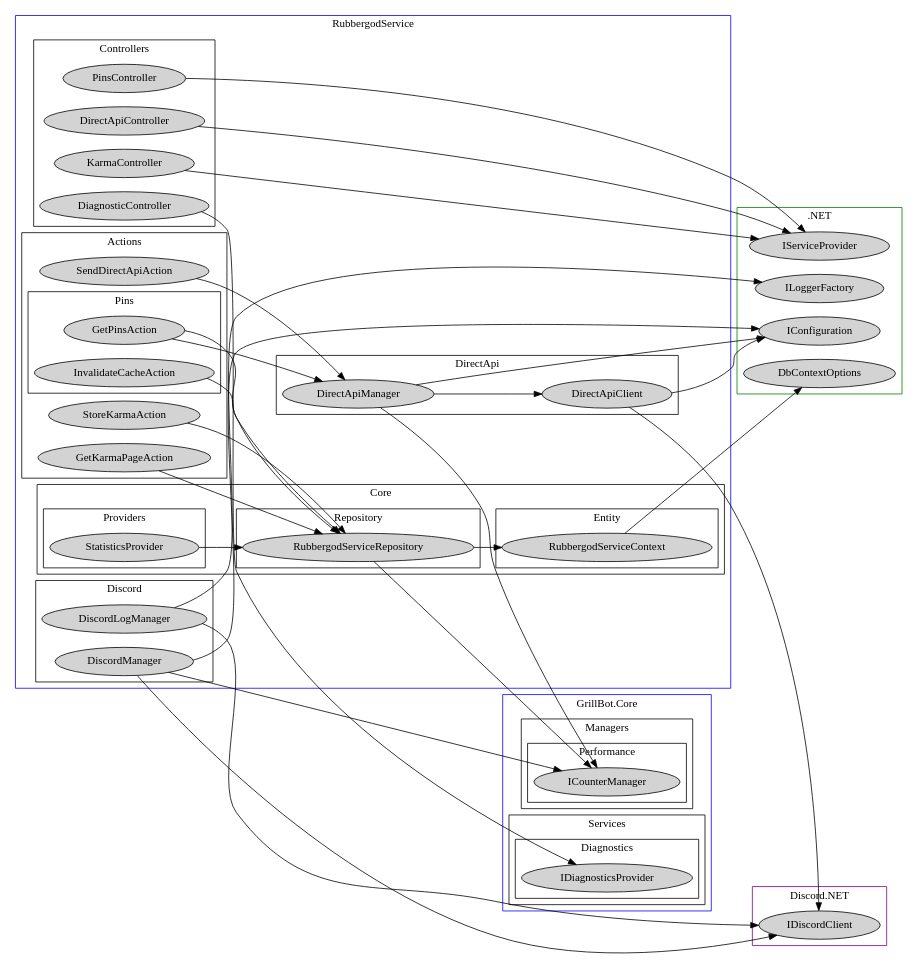
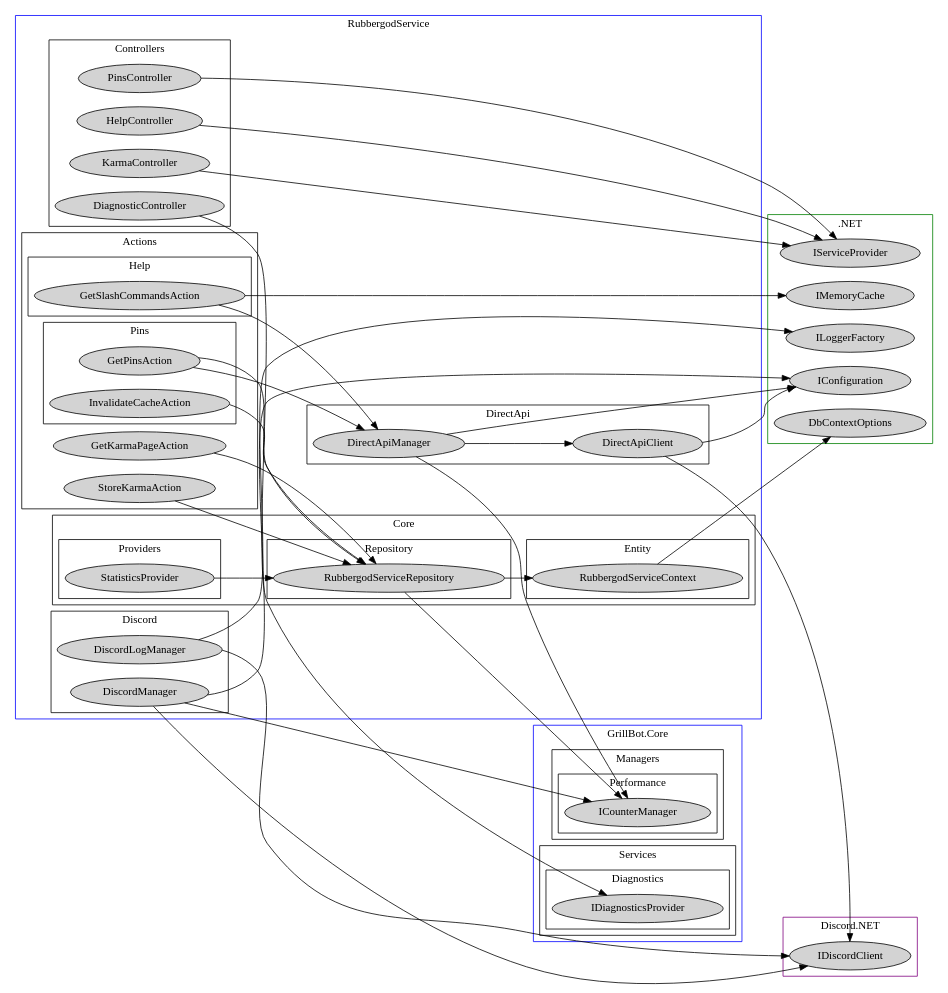
Before and after one commit to GrillBot/grillbot-docs: the diagram in data/di-graph-rubbergod.dot, drawn with Graphviz. The commit also changed 1 other file, not shown here.

```diff
--- a/data/di-graph-rubbergod.dot
+++ b/data/di-graph-rubbergod.dot
@@ -1,157 +1,165 @@
 digraph GrillBot {
     rankdir=LR
 	
 	subgraph cluster_0 {
 		node [style=filled];
 		label = "RubbergodService";
 		color=blue
 		
         subgraph cluster_3_1 {
             node [style=filled];
             label="Actions";
             color=black;
             
             subgraph cluster_3_1_1 {
                 node [style=filled];
+                label="Help";
+                color=black;
+                
+                GetSlashCommandsAction
+            }
+            
+            subgraph cluster_3_1_2 {
+                node [style=filled];
                 label="Pins";
                 color=black;
                 
                 GetPinsAction
                 InvalidateCacheAction
             }
             
             GetKarmaPageAction
-            SendDirectApiAction
             StoreKarmaAction
         }
         
         subgraph cluster_3_2 {
             node [style=filled];
             label="Controllers";
             color=black;
             
             DiagnosticController
-            DirectApiController
+            HelpController
             KarmaController
             PinsController
         }
         
         subgraph cluster_3_3 {
             node [style=filled];
             label="Core"
             color=black
             
             subgraph cluster_3_3_1 {
                 node [style=filled];
                 label="Entity"
                 color=black;
                 
                 RubbergodServiceContext
             }
             
             subgraph cluster_3_3_2 {
                 node [style=filled];
                 label="Providers"
                 color=black;
                 
                 StatisticsProvider
             }
             
             subgraph cluster_3_3_3 {
                 node [style=filled];
                 label="Repository"
                 color=black
                 
                 RubbergodServiceRepository
             }
         }
         
         subgraph cluster_4 {
 	        node [style=filled];
             label="DirectApi";
             color=black;
 	        
 	        DirectApiClient
 	        DirectApiManager
 	    }
 	    
 	    subgraph cluster_5 {
 	        node [style=filled];
             label="Discord";
             color=black;
 	        
 	        DiscordLogManager
 	        DiscordManager
 	    }
 	}
 	
 	subgraph cluster_4 {
 	    node [style=filled];
 	    label = "GrillBot.Core";
 	    color=blue
 	    
 	    subgraph cluster_4_1 {
 	        node [style=filled];
             label="Managers";
             color=black;
             
             subgraph cluster_4_1_1 {
 	            node [style=filled];
                 label="Performance";
                 color=black;
                 
                 ICounterManager
 	        }
 	    }
 	    
 	    subgraph cluster_4_2 {
 	        node [style=filled];
             label="Services";
             color=black;
 	        
 	        subgraph cluster_4_3 {
 	            node [style=filled];
                 label="Diagnostics";
                 color=black;
 	            
 	            IDiagnosticsProvider
 	        }
 	    }
 	}
 	
 	subgraph cluster_100 {
 	    node[style=filled];
 	    label = ".NET"
 	    color=green
 	    
 	    IConfiguration
 	    IServiceProvider
 	    DbContextOptions
 	    ILoggerFactory
+	    IMemoryCache
 	}
 	
 	subgraph cluster_101 {
 	    node[style=filled];
 	    label = "Discord.NET"
 	    color=purple
 	    
 	    IDiscordClient
 	}
 	
 	GetKarmaPageAction -> { RubbergodServiceRepository }
-	SendDirectApiAction -> { DirectApiManager }
 	StoreKarmaAction -> { RubbergodServiceRepository }
 	DiagnosticController -> { IDiagnosticsProvider }
-	DirectApiController -> { IServiceProvider }
 	KarmaController -> { IServiceProvider }
 	StatisticsProvider -> { RubbergodServiceRepository }
 	RubbergodServiceRepository -> { RubbergodServiceContext ICounterManager }
 	RubbergodServiceContext -> { DbContextOptions }
 	DirectApiClient -> { IDiscordClient IConfiguration }
 	DiscordLogManager -> { IDiscordClient ILoggerFactory }
 	DiscordManager -> { IDiscordClient IConfiguration ICounterManager }
 	DirectApiManager -> { IConfiguration DirectApiClient ICounterManager }
 	PinsController -> { IServiceProvider }
 	InvalidateCacheAction -> { RubbergodServiceRepository }
 	GetPinsAction -> { RubbergodServiceRepository DirectApiManager }
+	GetSlashCommandsAction -> { IMemoryCache DirectApiManager }
+	HelpController -> { IServiceProvider }
 }
```
